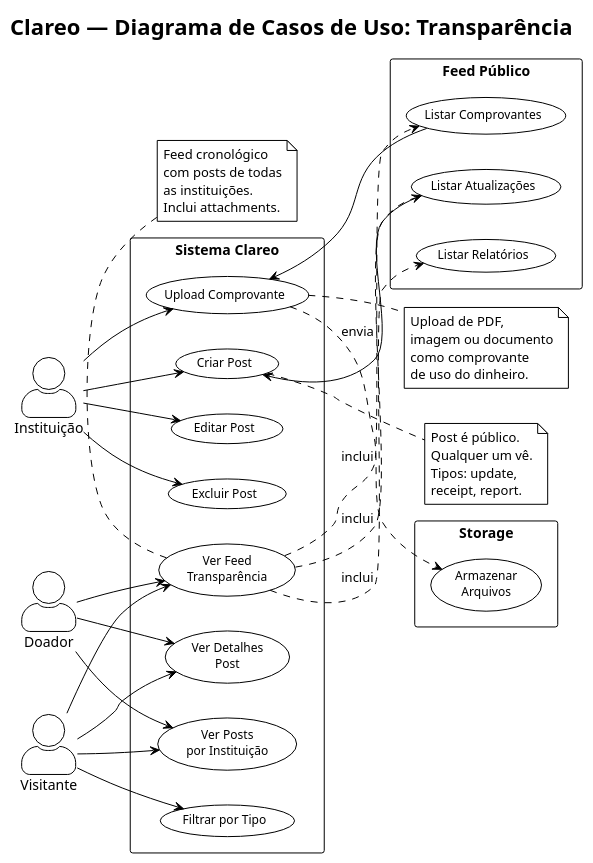
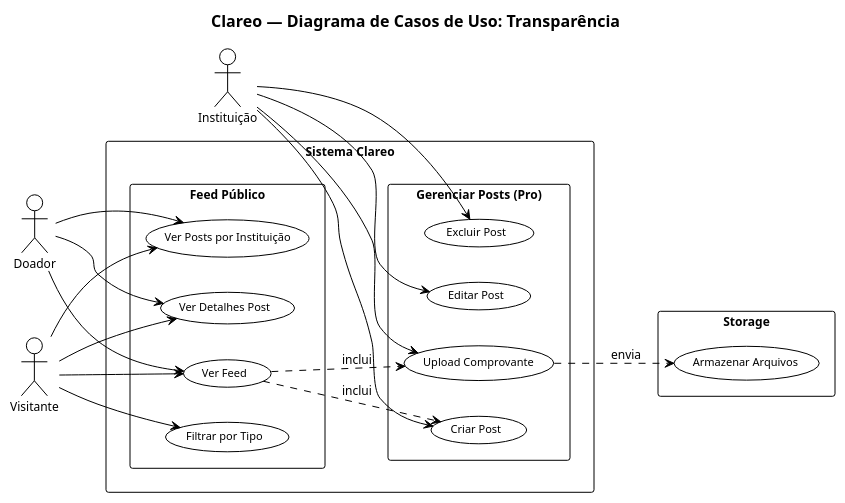
The diagram in doc/asaas/diagramas/07-TRANSPARENCIA.puml (GabrielHR0/clareo-api), drawn with PlantUML before and after one commit. The commit also changed 8 other files, not shown here.

Commit message:
docs: reorganizar diagramas PlantUML - bonequinhos de palito, packages, layout limpo

```diff
--- a/doc/asaas/diagramas/07-TRANSPARENCIA.puml
+++ b/doc/asaas/diagramas/07-TRANSPARENCIA.puml
@@ -1,79 +1,64 @@
 @startuml Clareo - Transparencia
 !theme plain
-left to right direction
-skinparam actorStyle awesome
+skinparam defaultFontName Arial
+skinparam defaultFontSize 12
+skinparam packageFontSize 13
 skinparam packageStyle rectangle
-skinparam packageFontSize 14
-skinparam usecaseFontSize 12
-skinparam defaultFontName Arial
+skinparam useCaseFontSize 11
+skinparam actorFontSize 12
+skinparam titleFontSize 16
+skinparam titleFontStyle bold
 
 title Clareo — Diagrama de Casos de Uso: Transparência
 
+left to right direction
+
+' ===== Atores =====
 actor "Instituição" as Institution
 actor "Doador" as Donor
 actor "Visitante" as Visitor
 
+' ===== Sistema =====
 rectangle "Sistema Clareo" {
-  usecase "Criar Post" as UC1
-  usecase "Editar Post" as UC2
-  usecase "Excluir Post" as UC3
-  usecase "Upload Comprovante" as UC4
-  usecase "Ver Feed\nTransparência" as UC5
-  usecase "Ver Detalhes\nPost" as UC6
-  usecase "Ver Posts\npor Instituição" as UC7
-  usecase "Filtrar por Tipo" as UC8
+
+  package "Gerenciar Posts (Pro)" {
+    usecase "Criar Post" as UC1
+    usecase "Editar Post" as UC2
+    usecase "Excluir Post" as UC3
+    usecase "Upload Comprovante" as UC4
+  }
+
+  package "Feed Público" {
+    usecase "Ver Feed" as UC5
+    usecase "Ver Detalhes Post" as UC6
+    usecase "Ver Posts por Instituição" as UC7
+    usecase "Filtrar por Tipo" as UC8
+  }
 }
 
-rectangle "Feed Público" {
-  usecase "Listar Atualizações" as UC_F1
-  usecase "Listar Comprovantes" as UC_F2
-  usecase "Listar Relatórios" as UC_F3
+' ===== Storage =====
+rectangle "Storage" {
+  usecase "Armazenar Arquivos" as UC_S1
 }
 
-rectangle "Storage" {
-  usecase "Armazenar\nArquivos" as UC_S1
-}
-
+' ===== Conexões =====
 Institution --> UC1
 Institution --> UC2
 Institution --> UC3
 Institution --> UC4
 
 Visitor --> UC5
 Visitor --> UC6
 Visitor --> UC7
 Visitor --> UC8
 
 Donor --> UC5
 Donor --> UC6
 Donor --> UC7
 
-UC_F1 --> UC1
-UC_F2 --> UC4
-UC5 ..> UC_F1 : inclui
-UC5 ..> UC_F2 : inclui
-UC5 ..> UC_F3 : inclui
+' ===== Relacionamentos =====
 UC4 ..> UC_S1 : envia
-
-note right of UC1
-  Post é público.
-  Qualquer um vê.
-  Tipos: update,
-  receipt, report.
-end note
-
-note bottom of UC5
-  Feed cronológico
-  com posts de todas
-  as instituições.
-  Inclui attachments.
-end note
-
-note right of UC4
-  Upload de PDF,
-  imagem ou documento
-  como comprovante
-  de uso do dinheiro.
-end note
+UC5 ..> UC1 : inclui
+UC5 ..> UC4 : inclui
 
 @enduml
```
